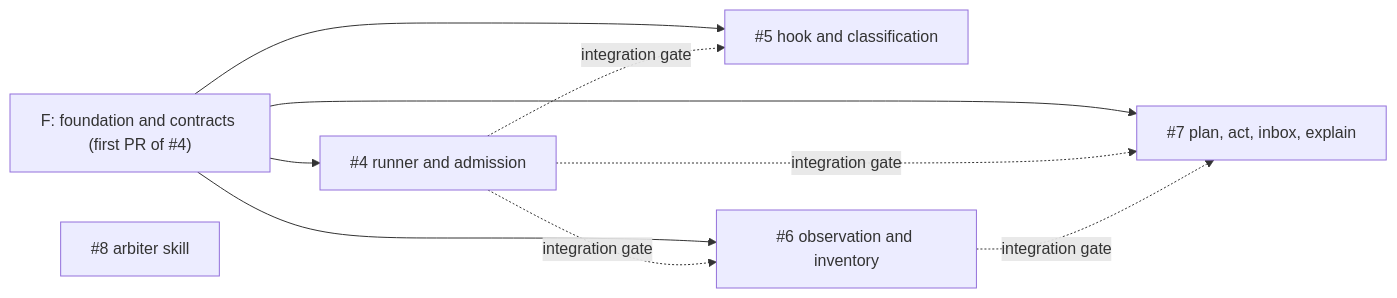
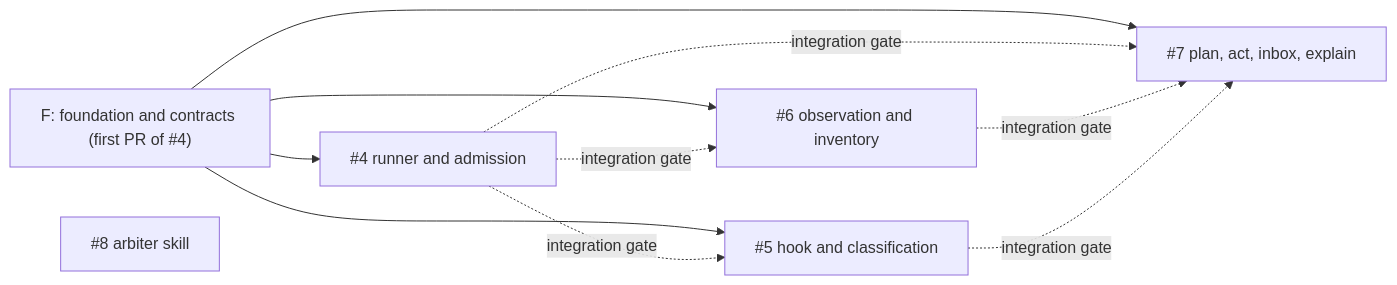
One commit to shuymn/cardinal changed the second of 2 diagrams in docs/architecture.md. Above: the diagram before and after it, drawn with Mermaid. The commit also changed other lines of this file, not shown here.

First line of the commit message:
docs: describe the integration gate tests

````diff
--- a/docs/architecture.md
+++ b/docs/architecture.md
@@ -1033,12 +1037,13 @@
 ```mermaid
 flowchart LR
   F["F: foundation and contracts (first PR of #4)"] --> R["#4 runner and admission"]
   F --> H["#5 hook and classification"]
   F --> O["#6 observation and inventory"]
   F --> P["#7 plan, act, inbox, explain"]
   A["#8 arbiter skill"]
   R -. "integration gate" .-> H
   R -. "integration gate" .-> O
   R -. "integration gate" .-> P
   O -. "integration gate" .-> P
+  H -. "integration gate" .-> P
 ```
````
